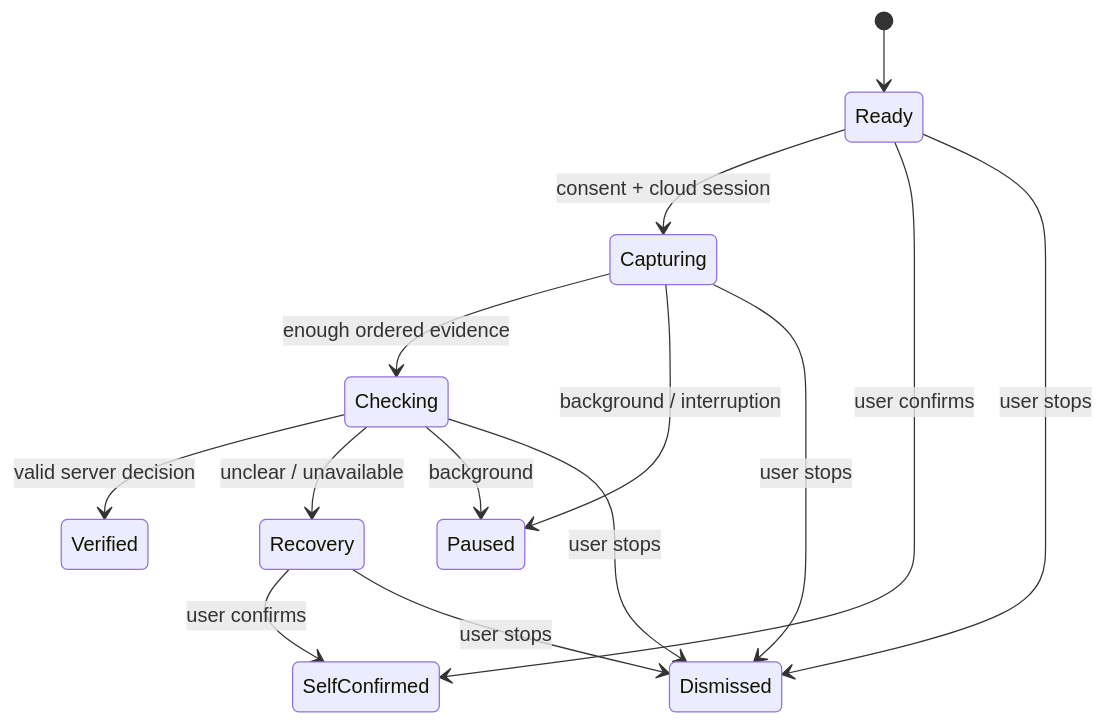
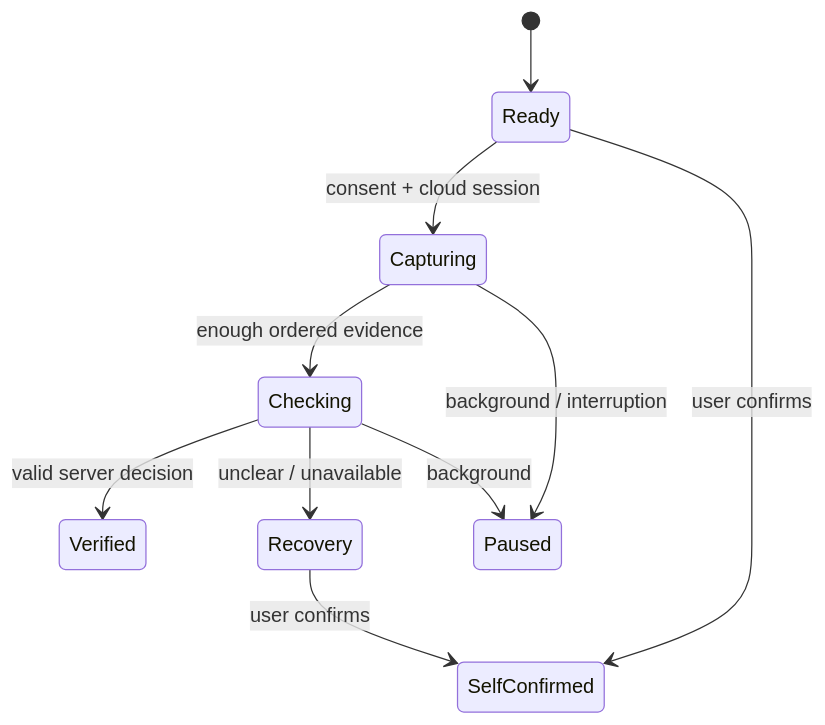
One commit to thanhdanh/HiMorning changed the second of 2 diagrams in docs/ARCHITECTURE.md. Above: the diagram before and after it, drawn with Mermaid. The commit also changed other lines of this file and 84 other files, not shown here.

````diff
--- a/docs/ARCHITECTURE.md
+++ b/docs/ARCHITECTURE.md
@@ -126,16 +131,12 @@
 ```mermaid
 stateDiagram-v2
   [*] --> Ready
   Ready --> Capturing: consent + cloud session
   Capturing --> Checking: enough ordered evidence
   Checking --> Verified: valid server decision
   Checking --> Recovery: unclear / unavailable
   Capturing --> Paused: background / interruption
   Checking --> Paused: background
   Ready --> SelfConfirmed: user confirms
-  Ready --> Dismissed: user stops
-  Capturing --> Dismissed: user stops
-  Checking --> Dismissed: user stops
   Recovery --> SelfConfirmed: user confirms
-  Recovery --> Dismissed: user stops
 ```
````
